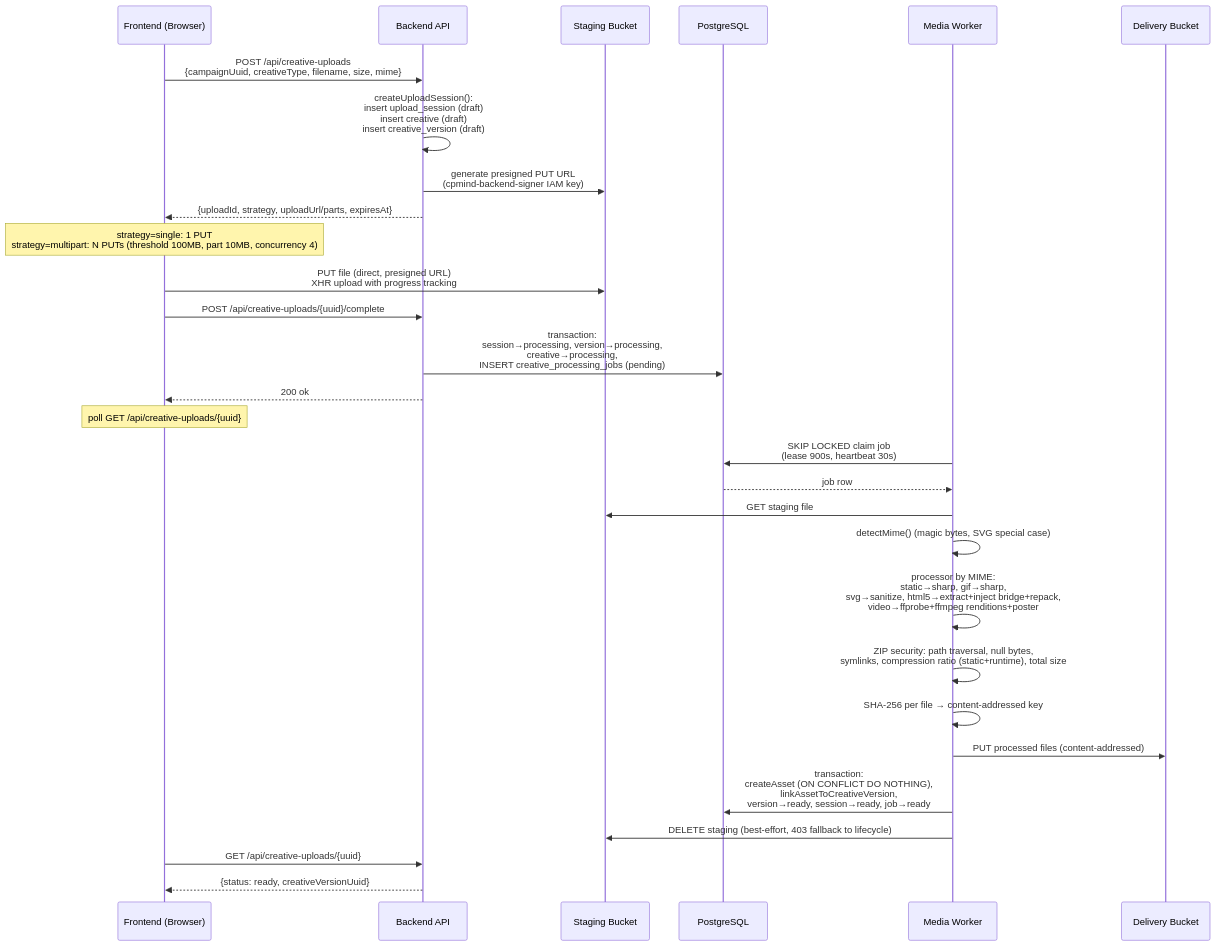
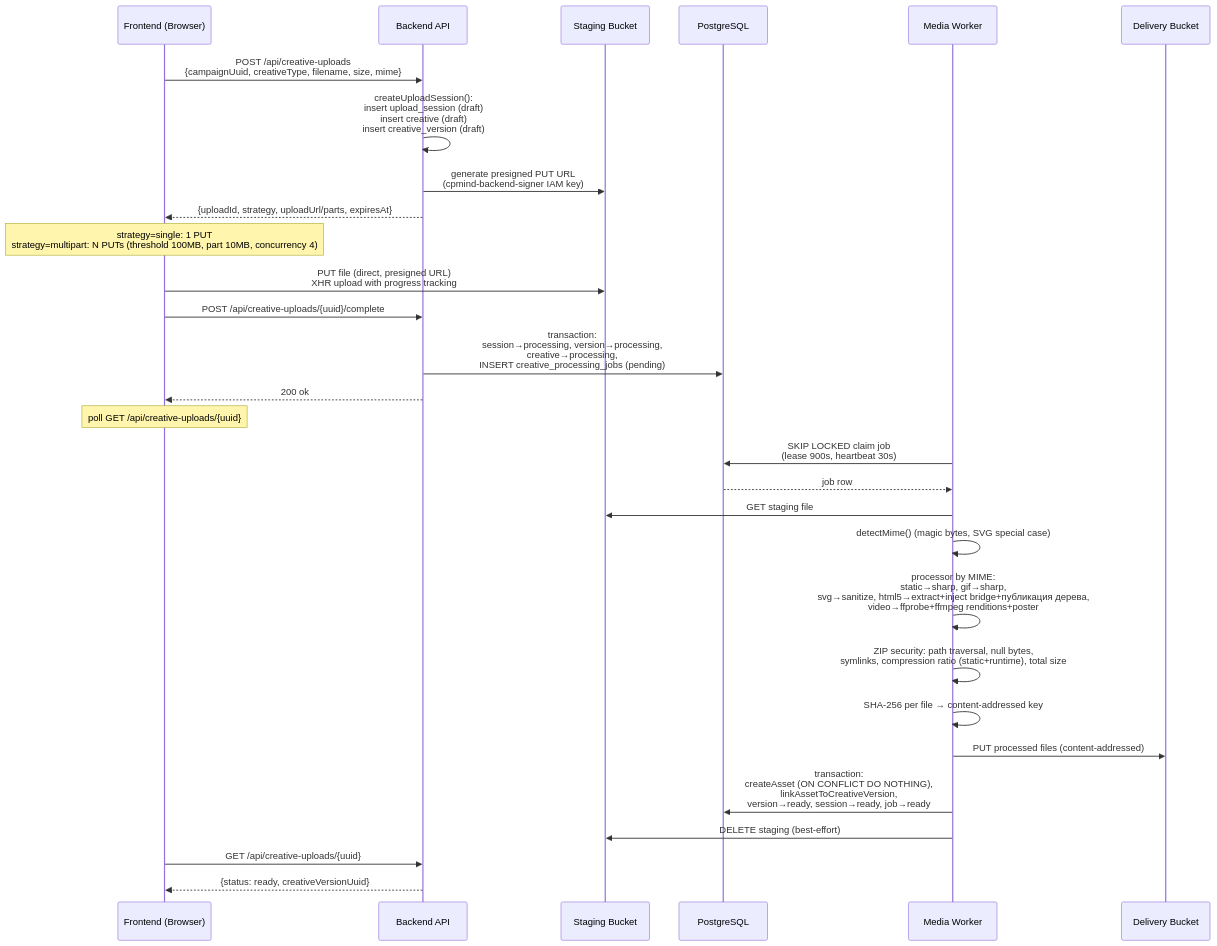
Before and after one commit to StepanCyberPsy/CPMind-core: the eighth of 13 diagrams in docs/ARCHITECTURE.md, drawn with Mermaid. The commit also changed other lines of this file and 11 other files, not shown here.

````diff
--- a/docs/ARCHITECTURE.md
+++ b/docs/ARCHITECTURE.md
@@ -464,39 +444,39 @@
 ```mermaid
 sequenceDiagram
     participant UI as Frontend (Browser)
     participant API as Backend API
     participant S3S as Staging Bucket
     participant DB as PostgreSQL
     participant MW as Media Worker
     participant S3D as Delivery Bucket
 
     UI->>API: POST /api/creative-uploads<br/>{campaignUuid, creativeType, filename, size, mime}
     API->>API: createUploadSession():<br/>insert upload_session (draft)<br/>insert creative (draft)<br/>insert creative_version (draft)
     API->>S3S: generate presigned PUT URL<br/>(cpmind-backend-signer IAM key)
     API-->>UI: {uploadId, strategy, uploadUrl/parts, expiresAt}
 
     note over UI: strategy=single: 1 PUT<br/>strategy=multipart: N PUTs (threshold 100MB, part 10MB, concurrency 4)
 
     UI->>S3S: PUT file (direct, presigned URL)<br/>XHR upload with progress tracking
     UI->>API: POST /api/creative-uploads/{uuid}/complete
 
     API->>DB: transaction:<br/>session→processing, version→processing,<br/>creative→processing,<br/>INSERT creative_processing_jobs (pending)
     API-->>UI: 200 ok
 
     note over UI: poll GET /api/creative-uploads/{uuid}
 
     MW->>DB: SKIP LOCKED claim job<br/>(lease 900s, heartbeat 30s)
     DB-->>MW: job row
 
     MW->>S3S: GET staging file
     MW->>MW: detectMime() (magic bytes, SVG special case)
-    MW->>MW: processor by MIME:<br/>static→sharp, gif→sharp,<br/>svg→sanitize, html5→extract+inject bridge+repack,<br/>video→ffprobe+ffmpeg renditions+poster
+    MW->>MW: processor by MIME:<br/>static→sharp, gif→sharp,<br/>svg→sanitize, html5→extract+inject bridge+публикация дерева,<br/>video→ffprobe+ffmpeg renditions+poster
     MW->>MW: ZIP security: path traversal, null bytes,<br/>symlinks, compression ratio (static+runtime), total size
     MW->>MW: SHA-256 per file → content-addressed key
     MW->>S3D: PUT processed files (content-addressed)
     MW->>DB: transaction:<br/>createAsset (ON CONFLICT DO NOTHING),<br/>linkAssetToCreativeVersion,<br/>version→ready, session→ready, job→ready
-    MW->>S3S: DELETE staging (best-effort, 403 fallback to lifecycle)
+    MW->>S3S: DELETE staging (best-effort)
 
     UI->>API: GET /api/creative-uploads/{uuid}
     API-->>UI: {status: ready, creativeVersionUuid}
 ```
````
